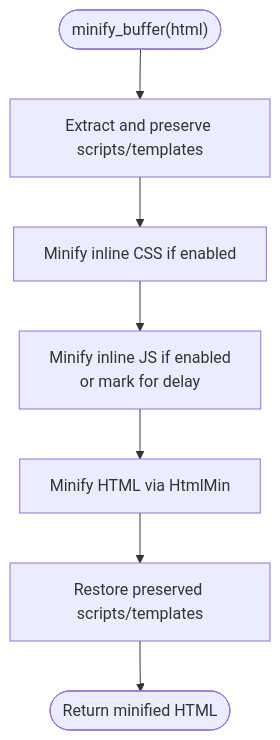
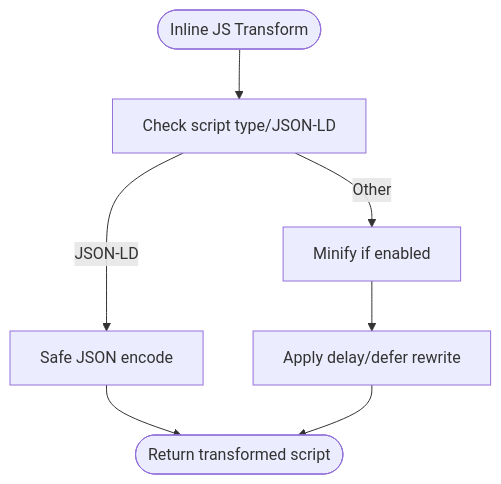
Before and after one commit to nilesh32236/performance-optimisation: the fourth of 8 diagrams in .qoder/repowiki/en/content/Asset Optimization/JavaScript Optimization.md, drawn with Mermaid. The commit also changed other lines of this file and 46 other files, not shown here.

````diff
--- a/.qoder/repowiki/en/content/Asset Optimization/JavaScript Optimization.md
+++ b/.qoder/repowiki/en/content/Asset Optimization/JavaScript Optimization.md
@@ -213,9 +171,9 @@
 ```mermaid
 flowchart TD
-Start(["minify_buffer(html)"]) --> Preserve["Extract and preserve scripts/templates"]
-Preserve --> InlineCSS["Minify inline CSS if enabled"]
-InlineCSS --> InlineJS["Minify inline JS if enabled<br/>or mark for delay"]
-InlineJS --> HTMLMin["Minify HTML via HtmlMin"]
-HTMLMin --> Restore["Restore preserved scripts/templates"]
-Restore --> End(["Return minified HTML"])
+HStart(["Inline JS Transform"]) --> CheckType["Check script type/JSON-LD"]
+CheckType --> |JSON-LD| SafeJSON["Safe JSON encode"]
+CheckType --> |Other| MaybeMinify["Minify if enabled"]
+MaybeMinify --> MaybeDelay["Apply delay/defer rewrite"]
+SafeJSON --> Done(["Return transformed script"])
+MaybeDelay --> Done
 ```
````
